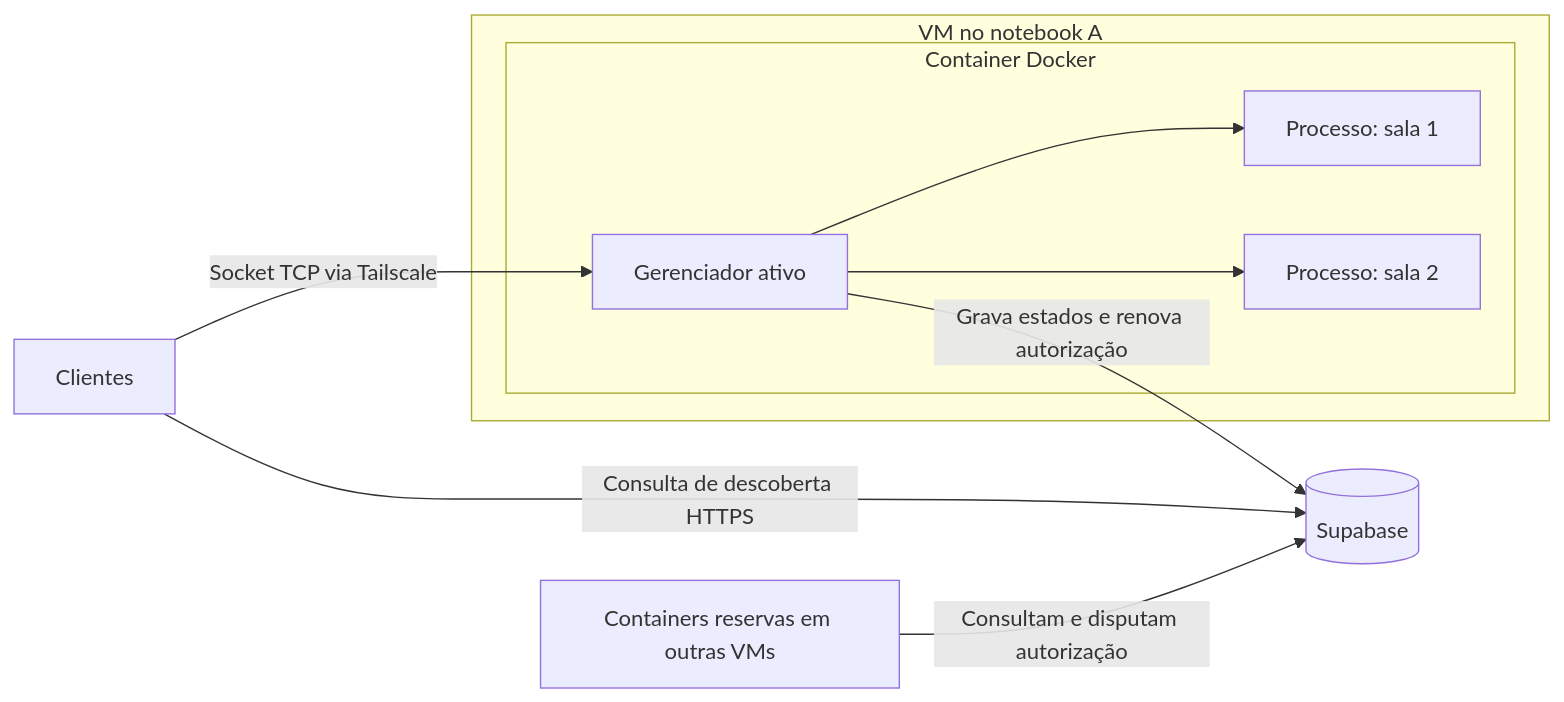
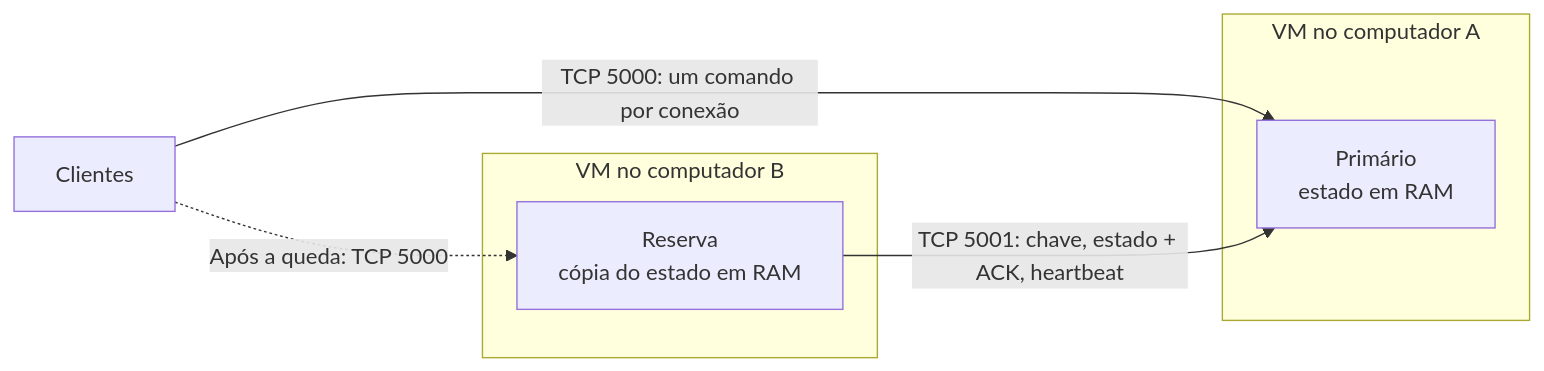
The diagram in ARCHITECTURE.md (CaioA34/forca-sistemas-distribuidos), drawn with Mermaid before and after one commit. The commit also changed other lines of this file and 25 other files, not shown here.

````diff
--- a/ARCHITECTURE.md
+++ b/ARCHITECTURE.md
@@ -25,13 +23,12 @@
 ```mermaid
 flowchart LR
-    C[Clientes] -->|Consulta de descoberta HTTPS| DB[(Supabase)]
-    C -->|Socket TCP via Tailscale| A
-    subgraph VM_A[VM no notebook A]
-        subgraph CONTAINER_A[Container Docker]
-            A[Gerenciador ativo] --> S1[Processo: sala 1]
-            A --> S2[Processo: sala 2]
-        end
+    C[Clientes] -->|TCP 5000: um comando por conexão| P
+    C -.->|Após a queda: TCP 5000| R
+    subgraph VM_A[VM no computador A]
+        P[Primário<br/>estado em RAM]
     end
-    A -->|Grava estados e renova autorização| DB
-    R[Containers reservas em outras VMs] -->|Consultam e disputam autorização| DB
+    subgraph VM_B[VM no computador B]
+        R[Reserva<br/>cópia do estado em RAM]
+    end
+    R -->|TCP 5001: chave, estado + ACK, heartbeat| P
 ```
````
